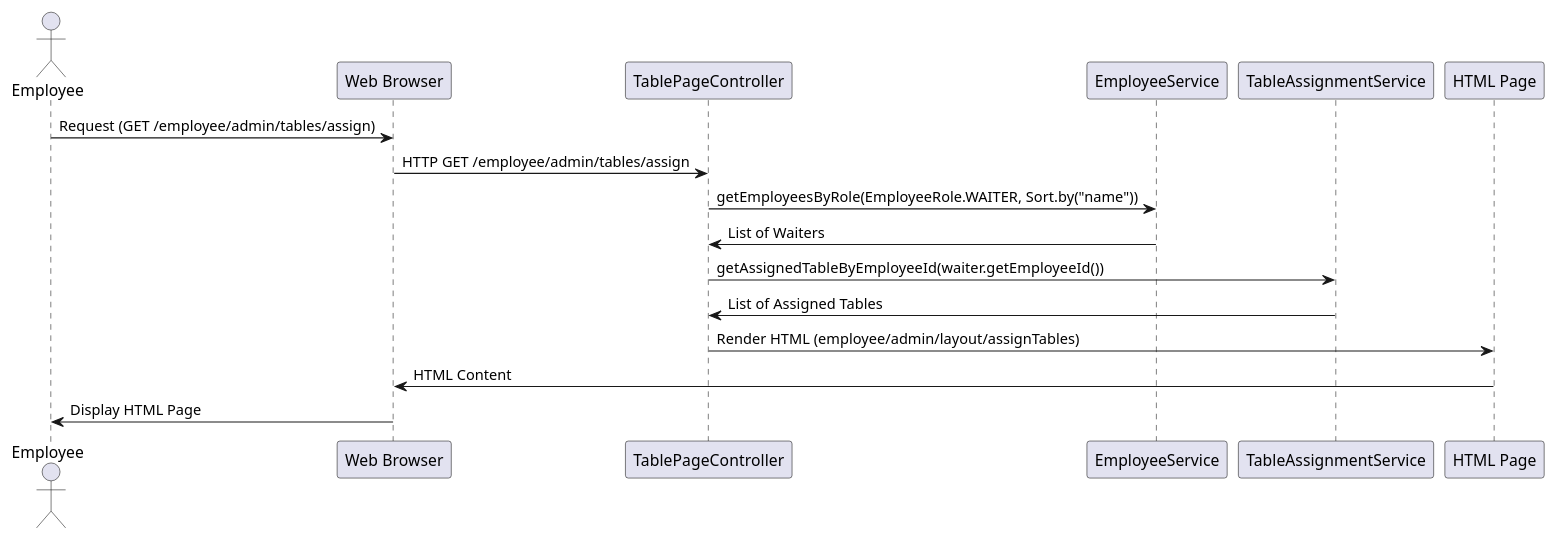
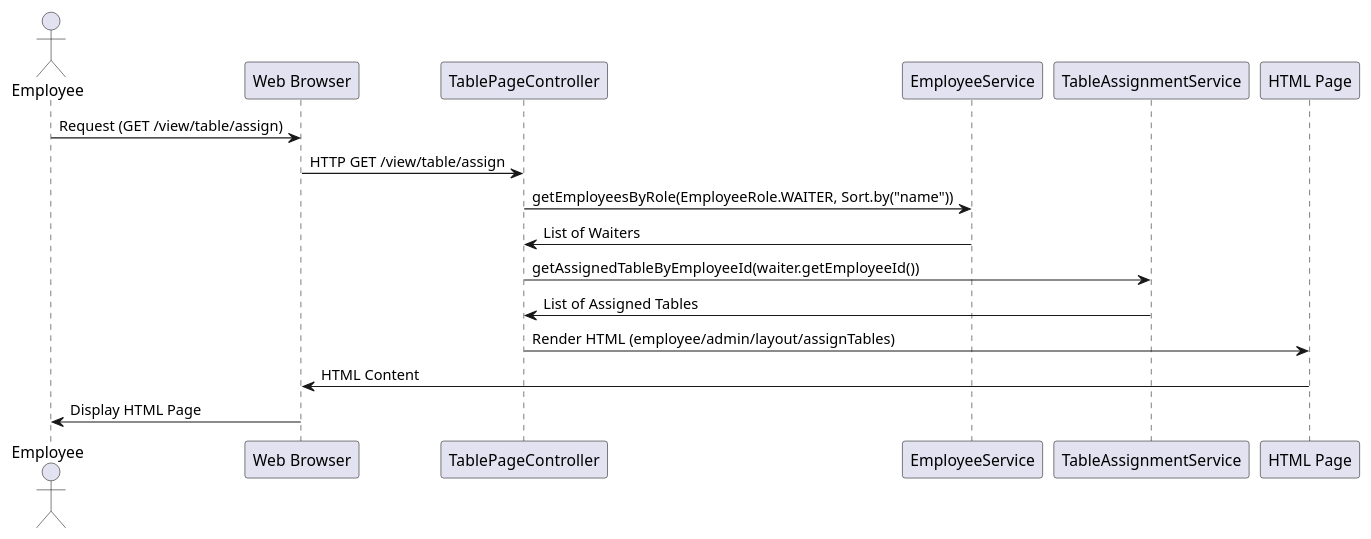
One commit to pheninux2/gestork changed the diagram in uml/table/TablePageController.puml. Above: the diagram before and after it, drawn with PlantUML. The commit also changed 74 other files, not shown here.

```diff
--- a/uml/table/TablePageController.puml
+++ b/uml/table/TablePageController.puml
@@ -1,18 +1,18 @@
 @startuml
 actor Employee
 participant "Web Browser" as Browser
 participant "TablePageController" as Controller
 participant "EmployeeService" as EmployeeService
 participant "TableAssignmentService" as TableAssignmentService
 participant "HTML Page" as Page
 
-Employee -> Browser: Request (GET /employee/admin/tables/assign)
-Browser -> Controller: HTTP GET /employee/admin/tables/assign
+Employee -> Browser: Request (GET /view/table/assign)
+Browser -> Controller: HTTP GET /view/table/assign
 Controller -> EmployeeService: getEmployeesByRole(EmployeeRole.WAITER, Sort.by("name"))
 EmployeeService -> Controller: List of Waiters
 Controller -> TableAssignmentService: getAssignedTableByEmployeeId(waiter.getEmployeeId())
 TableAssignmentService -> Controller: List of Assigned Tables
 Controller -> Page: Render HTML (employee/admin/layout/assignTables)
 Page -> Browser: HTML Content
 Browser -> Employee: Display HTML Page
 @enduml
```
